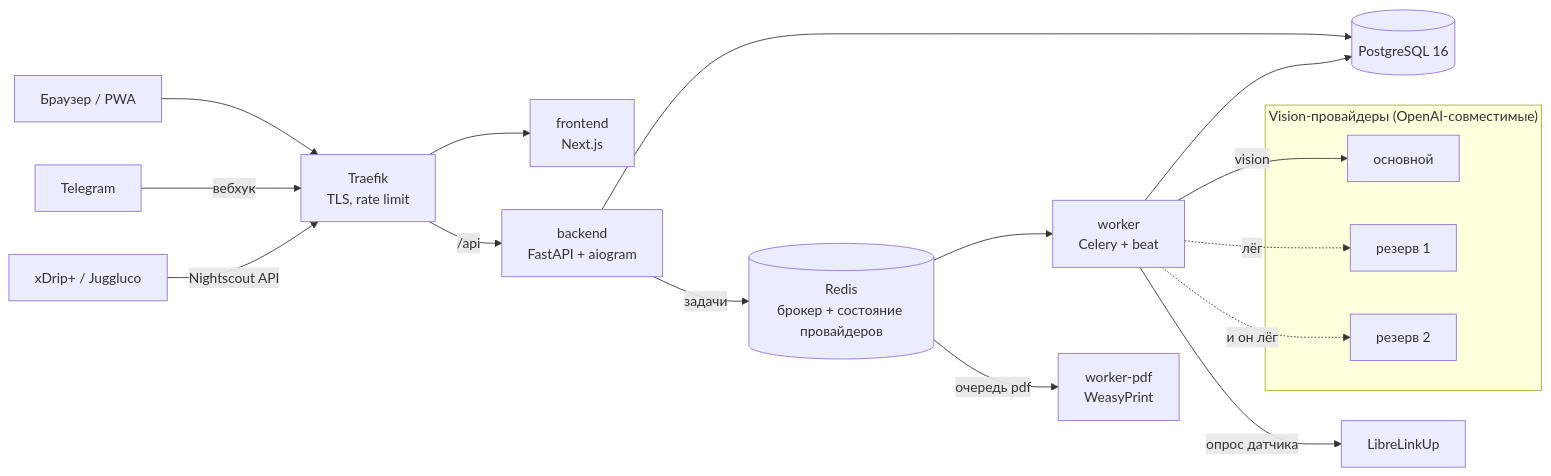
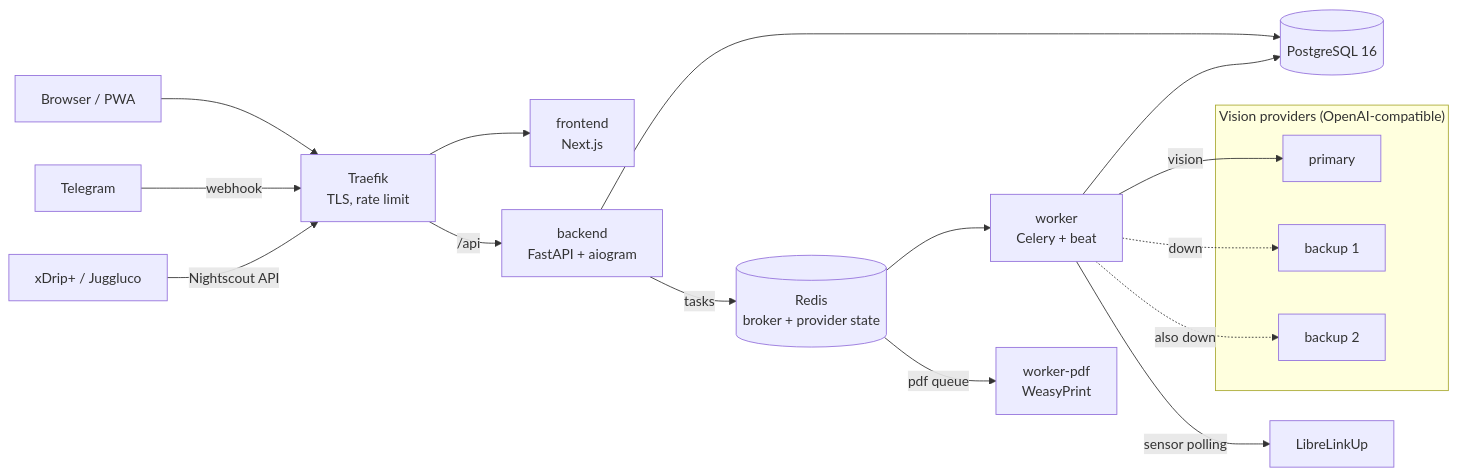
One commit to AI-bot-service/libra-calc-showcase changed the diagram in README.md. Above: the diagram before and after it, drawn with Mermaid. The commit also changed other lines of this file, not shown here.

````diff
--- a/README.md
+++ b/README.md
@@ -119,24 +131,24 @@
 ```mermaid
 flowchart LR
-    U["Браузер / PWA"] --> T
-    TG["Telegram"] -- "вебхук" --> T
+    U["Browser / PWA"] --> T
+    TG["Telegram"] -- "webhook" --> T
     T["Traefik<br/>TLS, rate limit"]
     T --> F["frontend<br/>Next.js"]
     T -- "/api" --> B["backend<br/>FastAPI + aiogram"]
     B --> PG[("PostgreSQL 16")]
-    B -- "задачи" --> R[("Redis<br/>брокер + состояние провайдеров")]
+    B -- "tasks" --> R[("Redis<br/>broker + provider state")]
     R --> W["worker<br/>Celery + beat"]
-    R -- "очередь pdf" --> WP["worker-pdf<br/>WeasyPrint"]
+    R -- "pdf queue" --> WP["worker-pdf<br/>WeasyPrint"]
     W --> PG
 
-    subgraph LLM["Vision-провайдеры (OpenAI-совместимые)"]
-        P1["основной"]
-        P2["резерв 1"]
-        P3["резерв 2"]
+    subgraph LLM["Vision providers (OpenAI-compatible)"]
+        P1["primary"]
+        P2["backup 1"]
+        P3["backup 2"]
     end
     W -- "vision" --> P1
-    W -. "лёг" .-> P2
-    W -. "и он лёг" .-> P3
-    W -- "опрос датчика" --> LLU["LibreLinkUp"]
+    W -. "down" .-> P2
+    W -. "also down" .-> P3
+    W -- "sensor polling" --> LLU["LibreLinkUp"]
     NS["xDrip+ / Juggluco"] -- "Nightscout API" --> T
 ```
````
